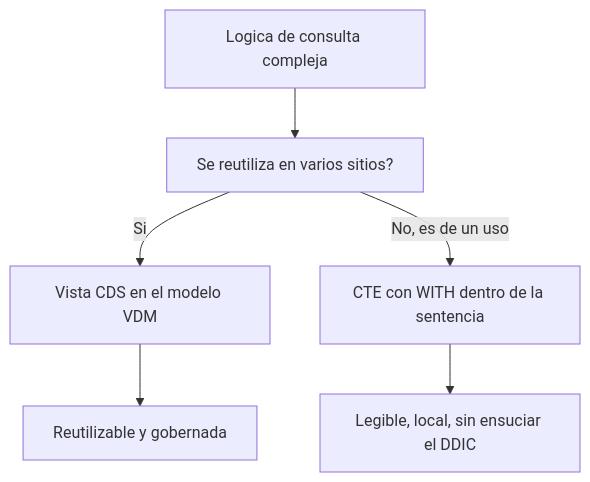
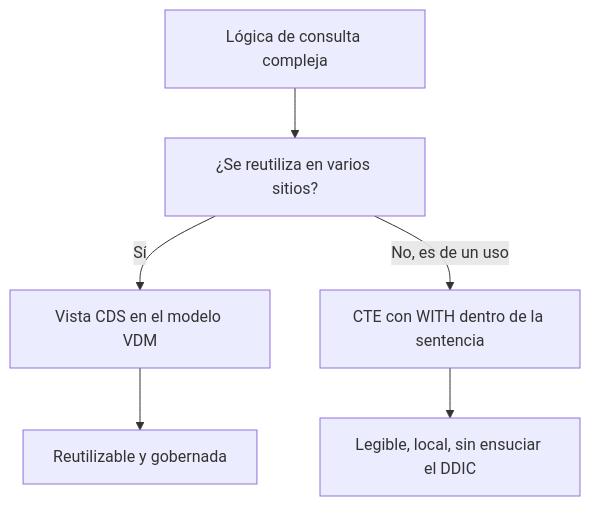
One commit to logalitech/blog-content changed the diagram in es/sql-ctes-with-subqueries.mdx. Above: the diagram before and after it, drawn with Mermaid. The commit also changed 49 other files, not shown here.

````diff
--- a/es/sql-ctes-with-subqueries.mdx
+++ b/es/sql-ctes-with-subqueries.mdx
@@ -48,8 +48,8 @@
 ```mermaid
 flowchart TD
- A["Logica de consulta compleja"] --> B["Se reutiliza en varios sitios?"]
- B -->|"Si"| C["Vista CDS en el modelo VDM"]
+ A["Lógica de consulta compleja"] --> B["¿Se reutiliza en varios sitios?"]
+ B -->|"Sí"| C["Vista CDS en el modelo VDM"]
  B -->|"No, es de un uso"| D["CTE con WITH dentro de la sentencia"]
  D --> E["Legible, local, sin ensuciar el DDIC"]
  C --> F["Reutilizable y gobernada"]
 ```
````
